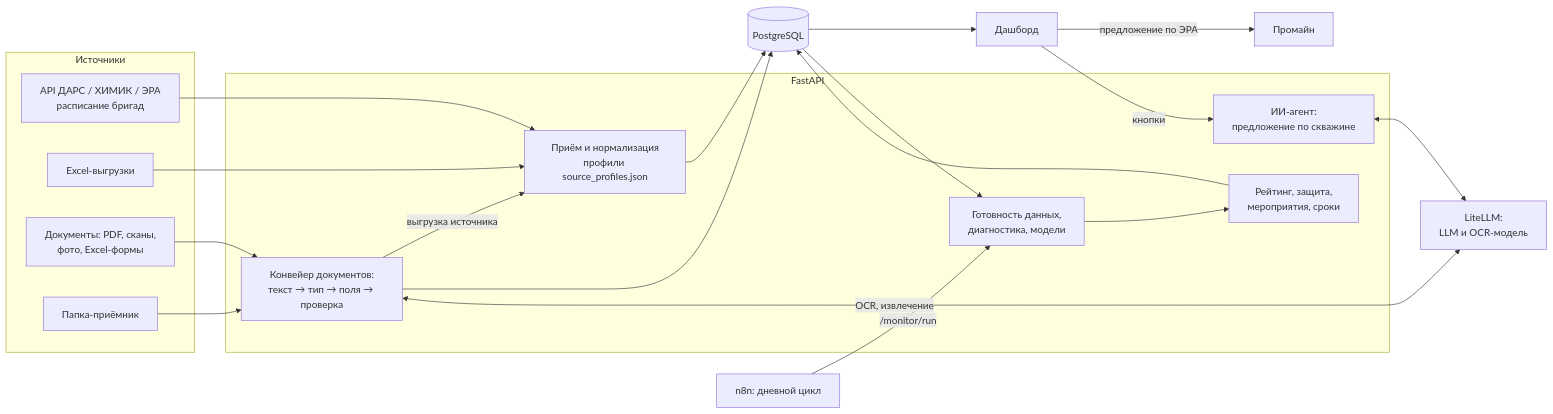
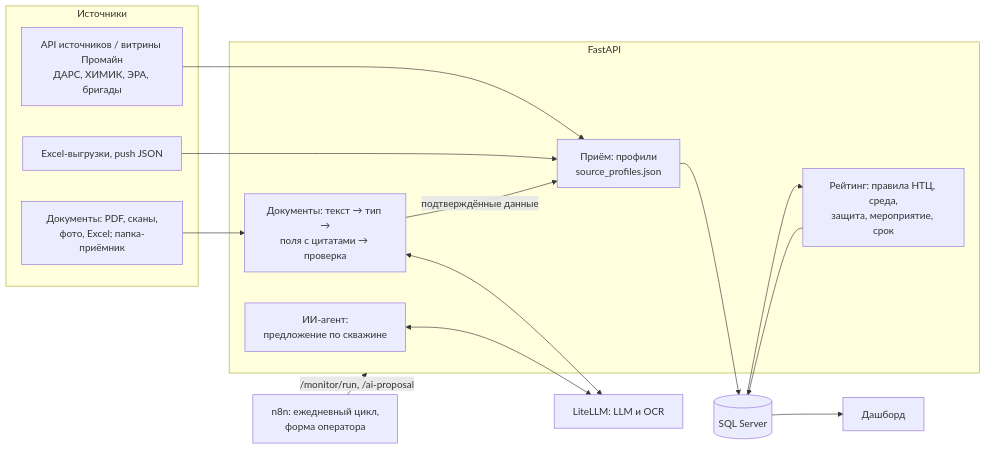
Before and after one commit to Vimp17/corV2: the diagram in README.md, drawn with Mermaid. The commit also changed other lines of this file and 70 other files, not shown here.

First line of the commit message:
Минимальный продукт: только SQL Server, один ИИ-механизм, без лишних модулей

````diff
--- a/README.md
+++ b/README.md
@@ -45,35 +27,27 @@
 ```mermaid
 flowchart LR
   subgraph SRC[Источники]
-    A1[API ДАРС / ХИМИК / ЭРА<br/>расписание бригад]
-    A2[Excel-выгрузки]
-    A3[Документы: PDF, сканы,<br/>фото, Excel-формы]
-    A4[Папка-приёмник]
+    A1[API источников / витрины Промайн<br/>ДАРС, ХИМИК, ЭРА, бригады]
+    A2[Excel-выгрузки, push JSON]
+    A3[Документы: PDF, сканы,<br/>фото, Excel; папка-приёмник]
   end
   subgraph API[FastAPI]
-    B1[Приём и нормализация<br/>профили source_profiles.json]
-    B2[Конвейер документов:<br/>текст → тип → поля → проверка]
-    B3[Готовность данных,<br/>диагностика, модели]
-    B4[Рейтинг, защита,<br/>мероприятия, сроки]
-    B5[ИИ-агент:<br/>предложение по скважине]
+    B1[Приём: профили<br/>source_profiles.json]
+    B2[Документы: текст → тип →<br/>поля с цитатами → проверка]
+    B3[Рейтинг: правила НТЦ, среда,<br/>защита, мероприятие, срок]
+    B4[ИИ-агент:<br/>предложение по скважине]
   end
-  DB[(PostgreSQL)]
-  LLM[LiteLLM:<br/>LLM и OCR-модель]
-  N8N[n8n: дневной цикл]
+  DB[(SQL Server)]
+  LLM[LiteLLM: LLM и OCR]
+  N8N[n8n: ежедневный цикл,<br/>форма оператора]
   UI[Дашборд]
-  PRO[Промайн]
   A1 --> B1
   A2 --> B1
   A3 --> B2
-  A4 --> B2
-  B2 -->|выгрузка источника| B1
-  B1 --> DB
-  B2 --> DB
-  B2 <-->|OCR, извлечение| LLM
-  DB --> B3 --> B4 --> DB
-  B5 <--> LLM
-  N8N -->|/monitor/run| B3
+  B2 -->|подтверждённые данные| B1
+  B1 --> DB --> B3 --> DB
+  B2 <--> LLM
+  B4 <--> LLM
+  N8N -->|/monitor/run, /ai-proposal| API
   DB --> UI
-  UI -->|кнопки| B5
-  UI -->|предложение по ЭРА| PRO
 ```
````
